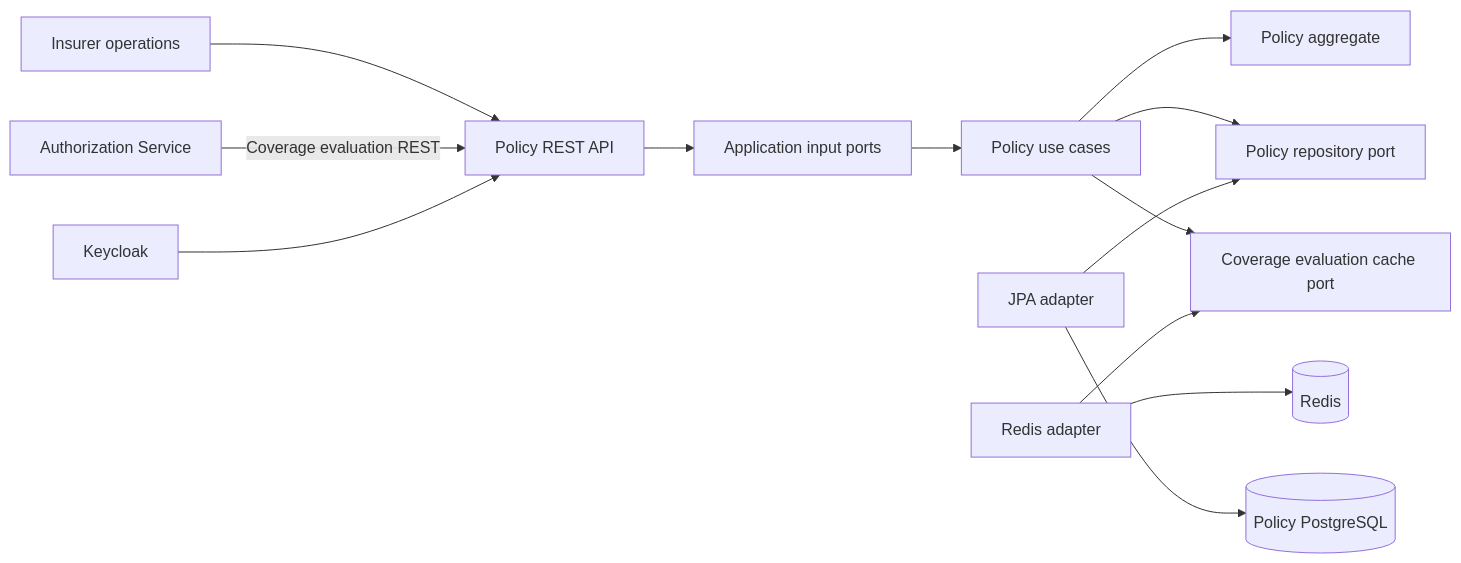
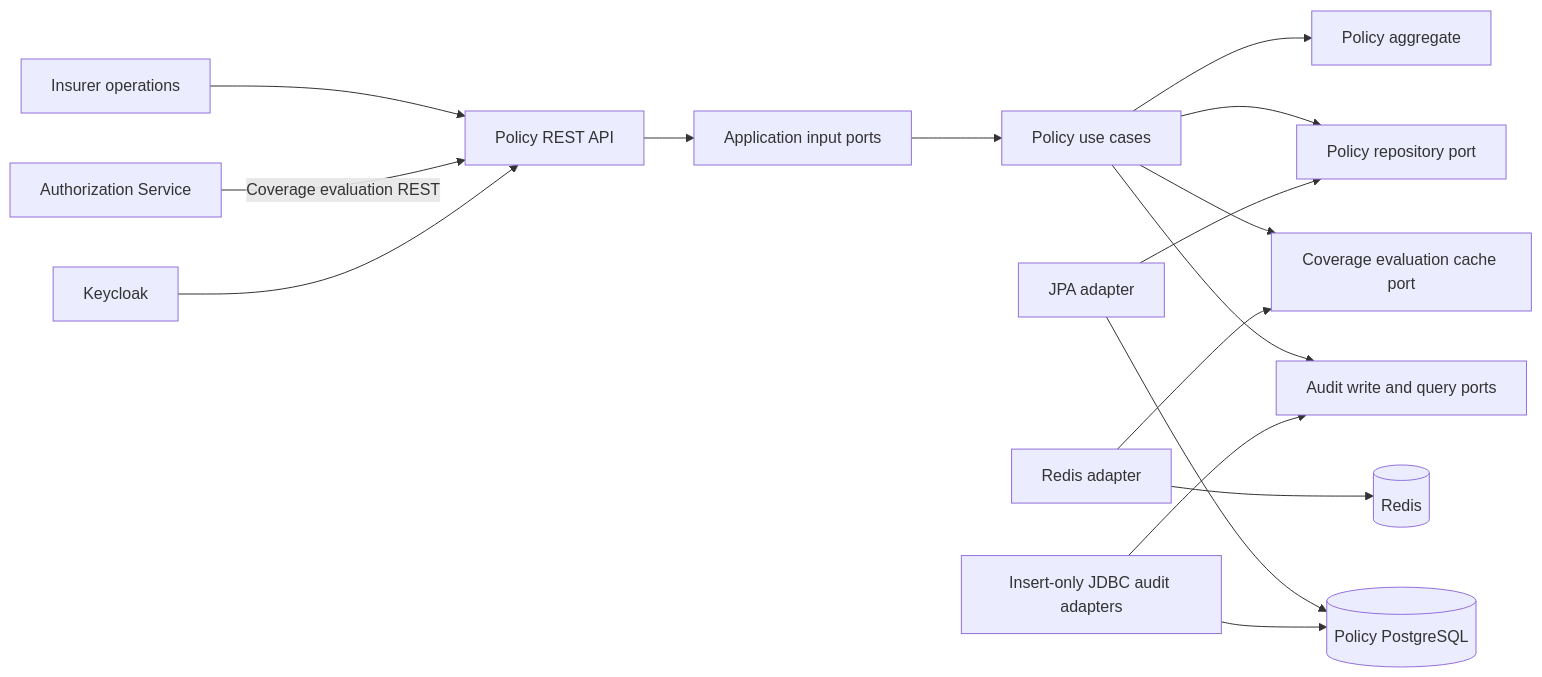
Before and after one commit to aydindemir1/health-insurance-platform: the first of 3 diagrams in docs/architecture/policy-service.md, drawn with Mermaid. The commit also changed other lines of this file and 12 other files, not shown here.

````diff
--- a/docs/architecture/policy-service.md
+++ b/docs/architecture/policy-service.md
@@ -6,15 +6,18 @@
 ```mermaid
 flowchart LR
     Client[Insurer operations] --> REST[Policy REST API]
     Authorization[Authorization Service] -->|Coverage evaluation REST| REST
     REST --> Ports[Application input ports]
     Ports --> UseCases[Policy use cases]
     UseCases --> Aggregate[Policy aggregate]
     UseCases --> RepoPort[Policy repository port]
     UseCases --> CachePort[Coverage evaluation cache port]
+    UseCases --> AuditPort[Audit write and query ports]
     Redis[Redis adapter] --> CachePort
     Redis --> Cache[(Redis)]
     JPA[JPA adapter] --> RepoPort
     JPA --> DB[(Policy PostgreSQL)]
+    Audit[Insert-only JDBC audit adapters] --> AuditPort
+    Audit --> DB
     Keycloak[Keycloak] --> REST
 ```
````
